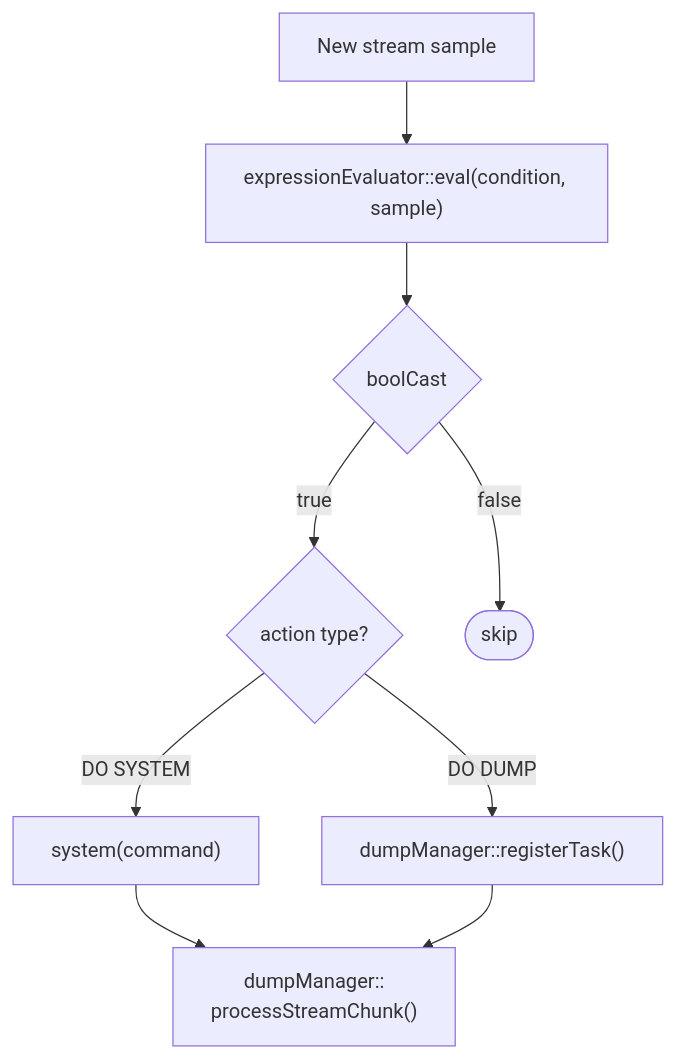
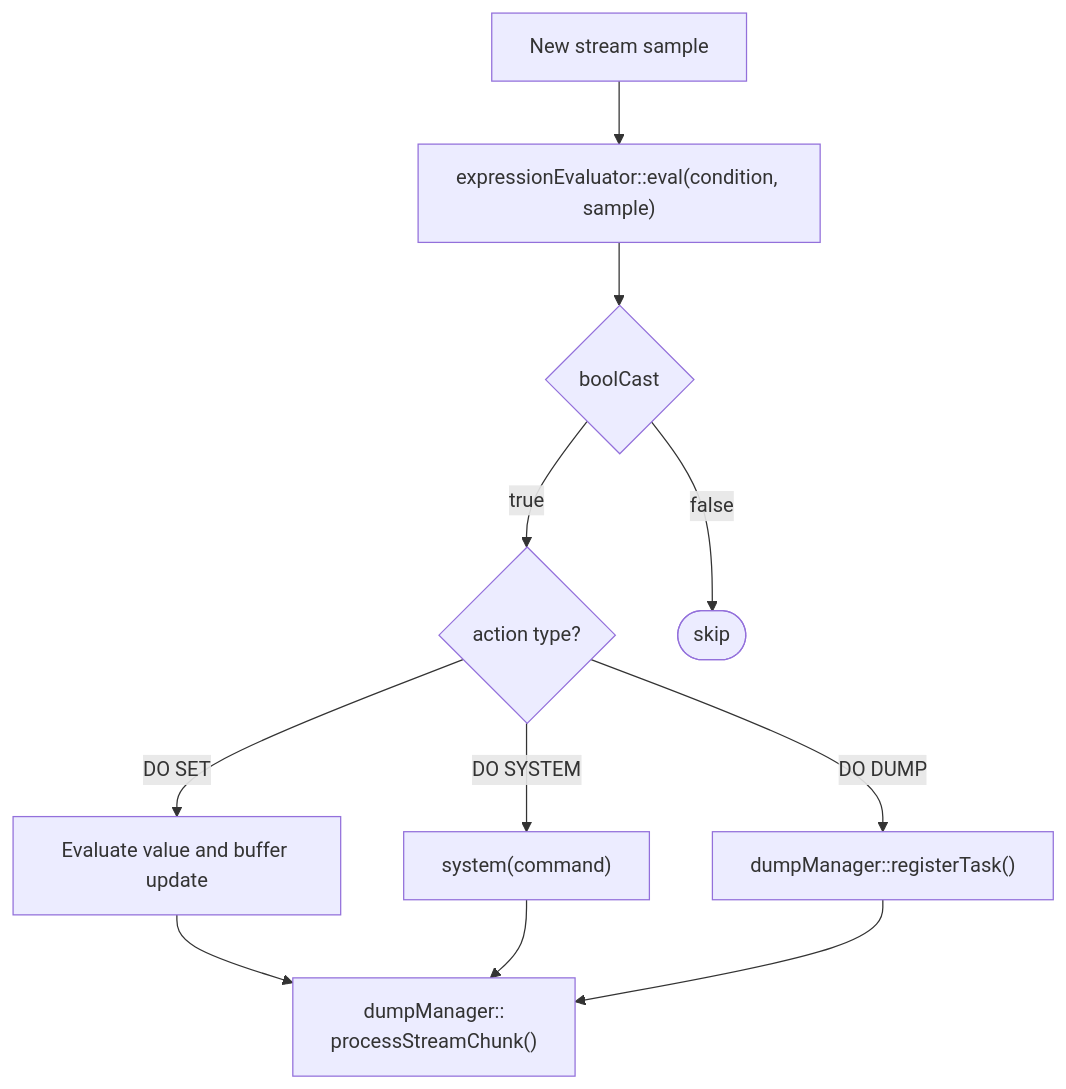
Before and after one commit to michalwidera/documentation-rdb: the second of 4 diagrams in query-execution/alerting-implementation.md, drawn with Mermaid. The commit also changed other lines of this file and 13 other files, not shown here.

````diff
--- a/query-execution/alerting-implementation.md
+++ b/query-execution/alerting-implementation.md
@@ -35,12 +35,14 @@
 ```mermaid
 %%{init: {"markdownAutoWrap": false}}%%
 flowchart TD
     A["New stream sample"] --> B["expressionEvaluator::eval(condition, sample)"]
     B --> C{boolCast}
     C -->|true| D{action type?}
     C -->|false| E([skip])
     D -->|DO SYSTEM| F["system(command)"]
     D -->|DO DUMP| G["dumpManager::registerTask()"]
+    D -->|DO SET| I["Evaluate value and buffer update"]
+    I --> H
     F --> H["dumpManager::<br/>processStreamChunk()"]
     G --> H
 ```
````
